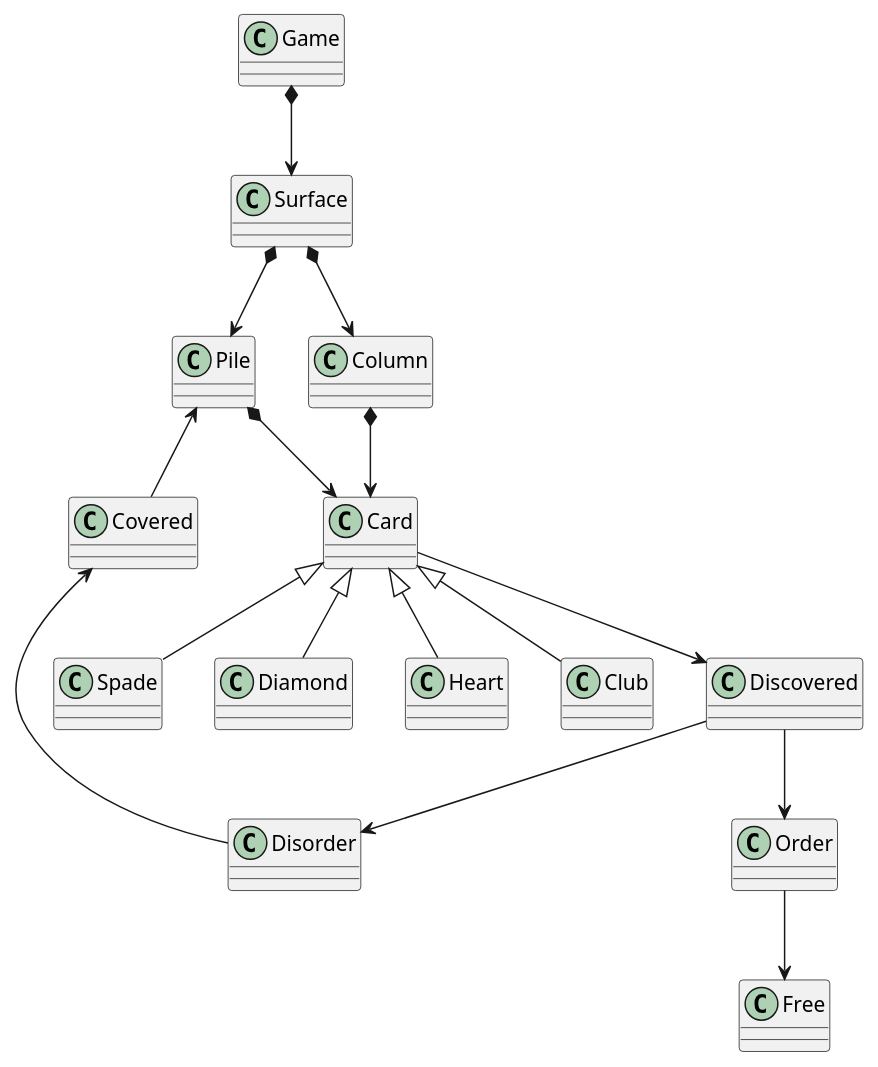
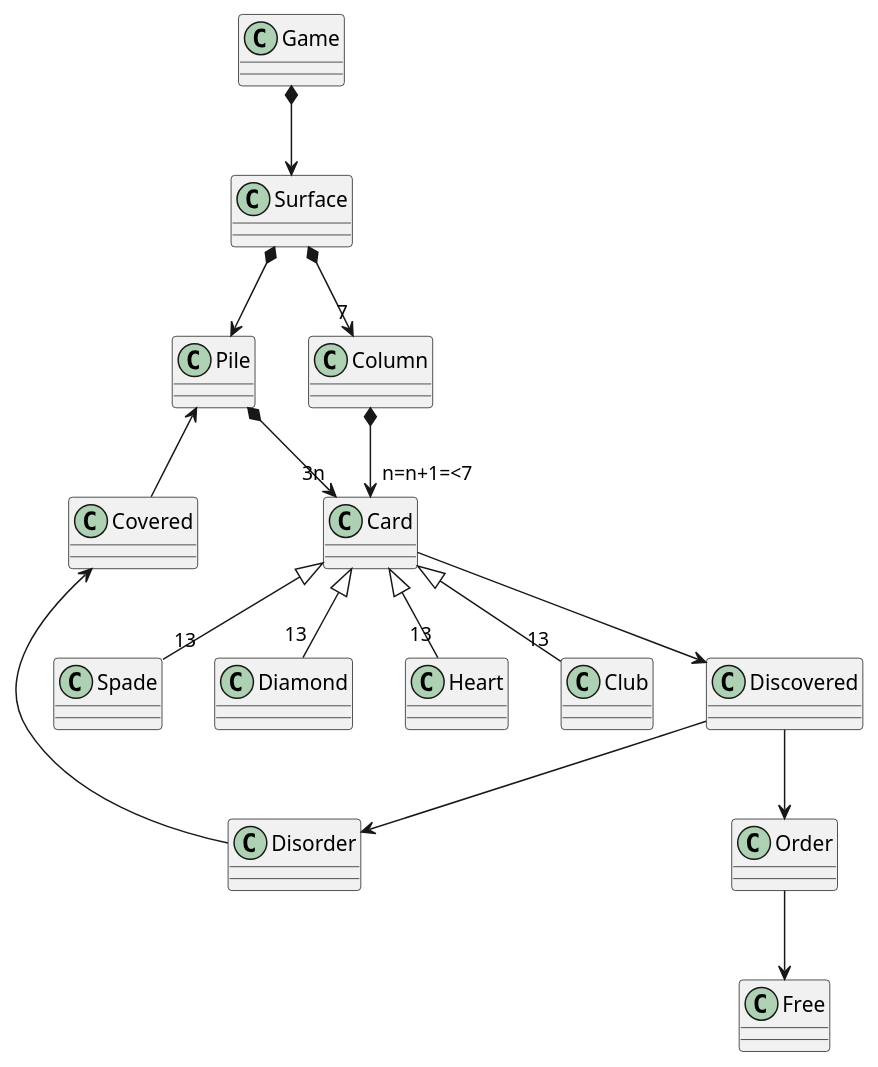
One commit to gabllg/Practicas_Master_PDdeS changed the diagram in Practica_4_PLantUML/tech-uml/game-klondike/README.md. Above: the diagram before and after it, drawn with PlantUML. The commit also changed 2 other files, not shown here.

Commit message:
Reemplazo imagen del diagrama de Klondike y corrijo el código

```diff
--- a/Practica_4_PLantUML/tech-uml/game-klondike/README.md
+++ b/Practica_4_PLantUML/tech-uml/game-klondike/README.md
@@ -18,34 +18,34 @@
 @startuml  
   
 class Game  
 class Surface  
 class Column  
 Class Pile  
 Class Card  
 class Spade  
 class Diamond  
 class Heart  
 class Club  
 Class Covered  
 Class Discovered  
 Class Disorder  
 Class Order  
 Class Free  
   
 Game *-down-> Surface  
-Surface *-down-> Column  
+Surface *-down-> "7" Column  
 Surface *-down-> Pile  
-Column *-down-> Card  
-Pile *-down-> Card  
-Card <|-down- Spade  
-Card <|-down- Diamond  
-Card <|-down- Heart  
-Card <|-down- Club  
+Column *-down-> "n=n+1=<7" Card  
+Pile *-down-> "3n" Card  
+Card <|-down- "13" Spade  
+Card <|-down- "13" Diamond  
+Card <|-down- "13" Heart  
+Card <|-down- "13" Club  
 Card -down-> Discovered  
 Covered -up-> Pile  
 Discovered -down-> Disorder  
 Disorder -up-> Covered  
 Discovered -down-> Order  
-Order -down-> Free  
+Order -down-> Free   
   
 @enduml  
```
